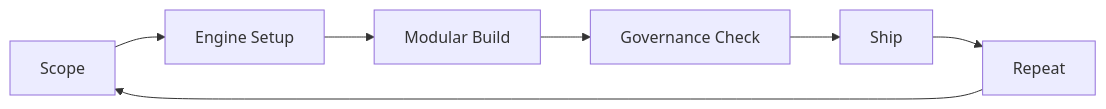
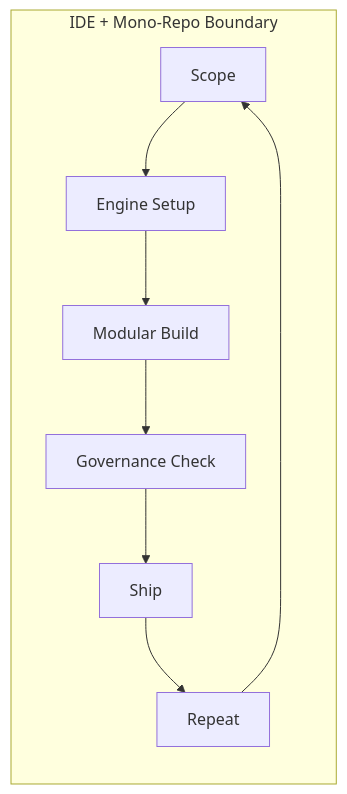
One commit to skyblue-will/ai_delivery_engine changed the diagram in docs/workflow.md. Above: the diagram before and after it, drawn with Mermaid. The commit also changed other lines of this file and 5 other files, not shown here.

Commit message:
Update docs to reflect in-repo mono-repo workflow, add privacy/telemetry-off compliance notes

````diff
--- a/docs/workflow.md
+++ b/docs/workflow.md
@@ -98,10 +99,12 @@
 ```mermaid
 flowchart LR
-    scope[Scope]
-    setup[Engine Setup]
-    build[Modular Build]
-    check[Governance Check]
-    ship[Ship]
-    repeat[Repeat]
-    scope --> setup --> build --> check --> ship --> repeat --> scope
+    subgraph IDE+Repo["IDE + Mono-Repo Boundary"]
+        scope[Scope]
+        setup[Engine Setup]
+        build[Modular Build]
+        check[Governance Check]
+        ship[Ship]
+        repeat[Repeat]
+        scope --> setup --> build --> check --> ship --> repeat --> scope
+    end
 ``` 
````
